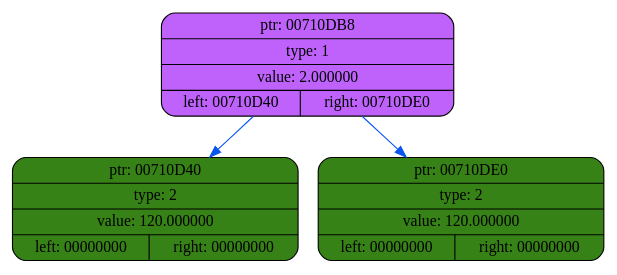
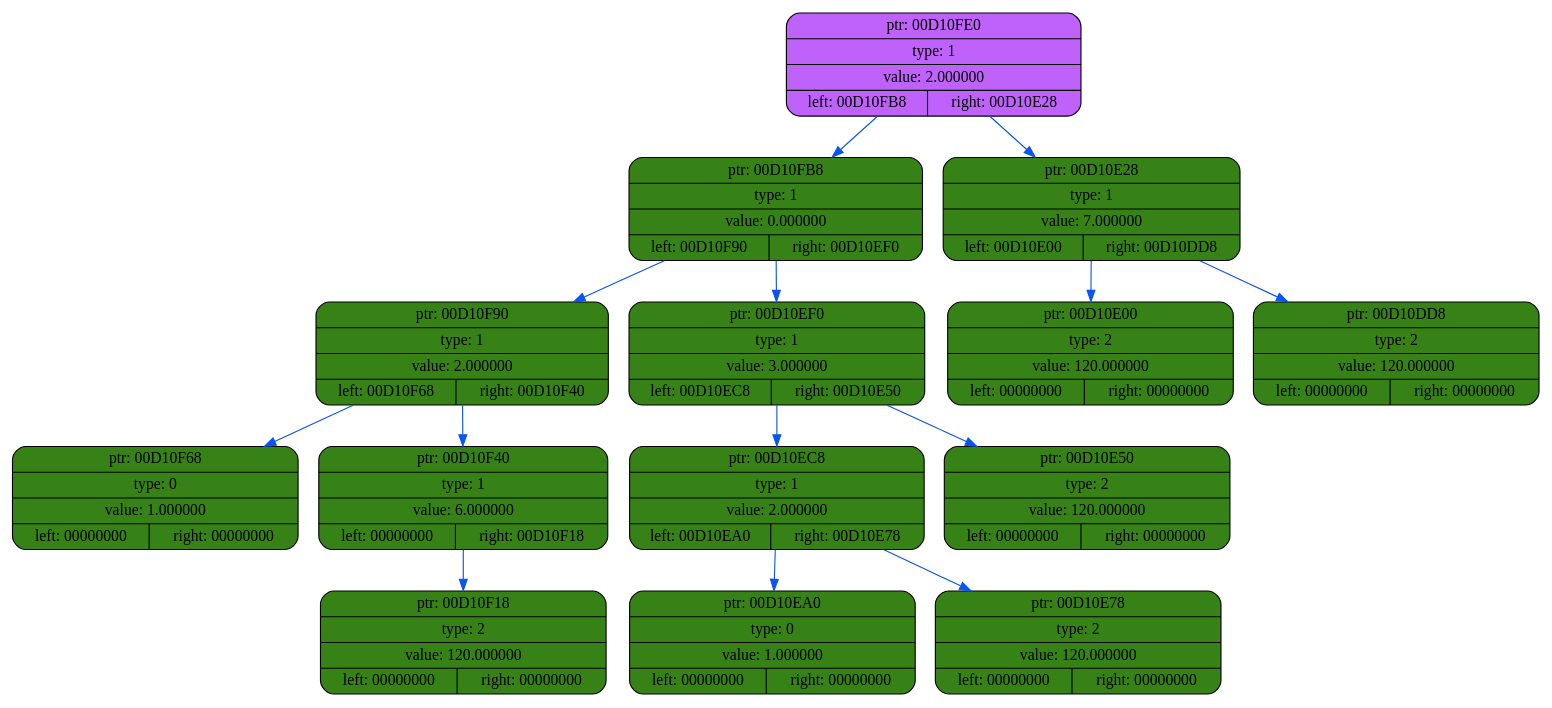
One commit to coffee8cat/differentiator changed the diagram in dump/dump2.dot. Above: the diagram before and after it, drawn with Graphviz. The commit also changed 22 other files, not shown here.

```diff
--- a/dump/dump2.dot
+++ b/dump/dump2.dot
@@ -1,10 +1,32 @@
 digraph
 {
     rankdir=TP
 
-        node00710DB8[shape=record,style="rounded,filled",fillcolor="#BF62FC",label="{ ptr: 00710DB8 | type: 1 | value: 2.000000| { left: 00710D40 | right: 00710DE0 }}"];
-    node00710DB8 -> node00710D40[color="#0855F0"]
-    node00710D40[shape=record,style="rounded,filled",fillcolor="#378217",label="{ ptr: 00710D40 | type: 2 | value: 120.000000| { left: 00000000 | right: 00000000 }}"];
-    node00710DB8 -> node00710DE0[color="#0855F0"]
-    node00710DE0[shape=record,style="rounded,filled",fillcolor="#378217",label="{ ptr: 00710DE0 | type: 2 | value: 120.000000| { left: 00000000 | right: 00000000 }}"];
+        node00D10FE0[shape=record,style="rounded,filled",fillcolor="#BF62FC",label="{ ptr: 00D10FE0 | type: 1 | value: 2.000000| { left: 00D10FB8 | right: 00D10E28 }}"];
+    node00D10FE0 -> node00D10FB8[color="#0855F0"]
+    node00D10FB8[shape=record,style="rounded,filled",fillcolor="#378217",label="{ ptr: 00D10FB8 | type: 1 | value: 0.000000| { left: 00D10F90 | right: 00D10EF0 }}"];
+    node00D10FB8 -> node00D10F90[color="#0855F0"]
+    node00D10F90[shape=record,style="rounded,filled",fillcolor="#378217",label="{ ptr: 00D10F90 | type: 1 | value: 2.000000| { left: 00D10F68 | right: 00D10F40 }}"];
+    node00D10F90 -> node00D10F68[color="#0855F0"]
+    node00D10F68[shape=record,style="rounded,filled",fillcolor="#378217",label="{ ptr: 00D10F68 | type: 0 | value: 1.000000| { left: 00000000 | right: 00000000 }}"];
+    node00D10F90 -> node00D10F40[color="#0855F0"]
+    node00D10F40[shape=record,style="rounded,filled",fillcolor="#378217",label="{ ptr: 00D10F40 | type: 1 | value: 6.000000| { left: 00000000 | right: 00D10F18 }}"];
+    node00D10F40 -> node00D10F18[color="#0855F0"]
+    node00D10F18[shape=record,style="rounded,filled",fillcolor="#378217",label="{ ptr: 00D10F18 | type: 2 | value: 120.000000| { left: 00000000 | right: 00000000 }}"];
+    node00D10FB8 -> node00D10EF0[color="#0855F0"]
+    node00D10EF0[shape=record,style="rounded,filled",fillcolor="#378217",label="{ ptr: 00D10EF0 | type: 1 | value: 3.000000| { left: 00D10EC8 | right: 00D10E50 }}"];
+    node00D10EF0 -> node00D10EC8[color="#0855F0"]
+    node00D10EC8[shape=record,style="rounded,filled",fillcolor="#378217",label="{ ptr: 00D10EC8 | type: 1 | value: 2.000000| { left: 00D10EA0 | right: 00D10E78 }}"];
+    node00D10EC8 -> node00D10EA0[color="#0855F0"]
+    node00D10EA0[shape=record,style="rounded,filled",fillcolor="#378217",label="{ ptr: 00D10EA0 | type: 0 | value: 1.000000| { left: 00000000 | right: 00000000 }}"];
+    node00D10EC8 -> node00D10E78[color="#0855F0"]
+    node00D10E78[shape=record,style="rounded,filled",fillcolor="#378217",label="{ ptr: 00D10E78 | type: 2 | value: 120.000000| { left: 00000000 | right: 00000000 }}"];
+    node00D10EF0 -> node00D10E50[color="#0855F0"]
+    node00D10E50[shape=record,style="rounded,filled",fillcolor="#378217",label="{ ptr: 00D10E50 | type: 2 | value: 120.000000| { left: 00000000 | right: 00000000 }}"];
+    node00D10FE0 -> node00D10E28[color="#0855F0"]
+    node00D10E28[shape=record,style="rounded,filled",fillcolor="#378217",label="{ ptr: 00D10E28 | type: 1 | value: 7.000000| { left: 00D10E00 | right: 00D10DD8 }}"];
+    node00D10E28 -> node00D10E00[color="#0855F0"]
+    node00D10E00[shape=record,style="rounded,filled",fillcolor="#378217",label="{ ptr: 00D10E00 | type: 2 | value: 120.000000| { left: 00000000 | right: 00000000 }}"];
+    node00D10E28 -> node00D10DD8[color="#0855F0"]
+    node00D10DD8[shape=record,style="rounded,filled",fillcolor="#378217",label="{ ptr: 00D10DD8 | type: 2 | value: 120.000000| { left: 00000000 | right: 00000000 }}"];
 }
```
